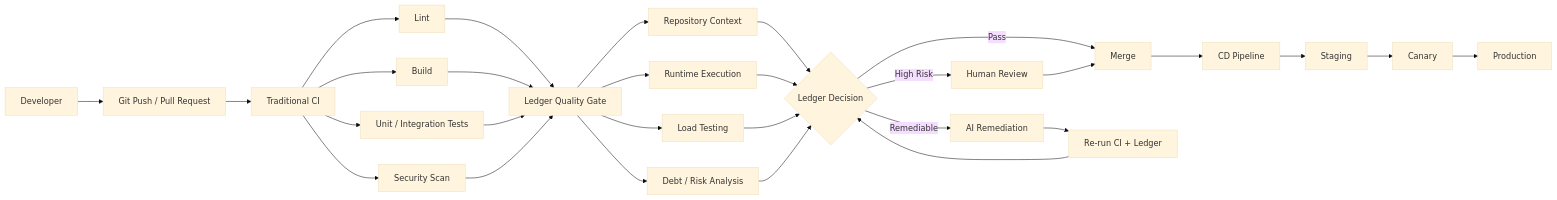
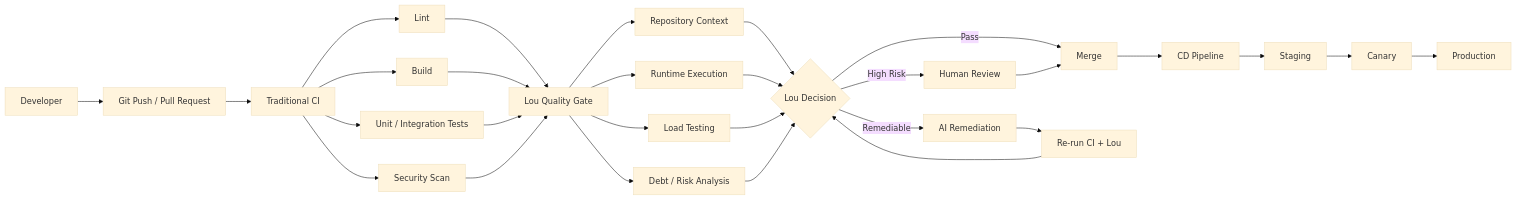
The diagram in docs/project_ledger_mermaid_workflows/docs/workflows/02_CICD_INTEGRATION.md (peterphitran/hackrice26), drawn with Mermaid (base theme) before and after one commit. The commit also changed other lines of this file and 14 other files, not shown here.

Commit message:
Expand Lou architecture documentation

````diff
--- a/docs/project_ledger_mermaid_workflows/docs/workflows/02_CICD_INTEGRATION.md
+++ b/docs/project_ledger_mermaid_workflows/docs/workflows/02_CICD_INTEGRATION.md
@@ -3,39 +3,39 @@
 ```mermaid
 flowchart LR
     A[Developer] --> B[Git Push / Pull Request]
 
     B --> C[Traditional CI]
 
     C --> C1[Lint]
     C --> C2[Build]
     C --> C3[Unit / Integration Tests]
     C --> C4[Security Scan]
 
-    C1 --> D[Ledger Quality Gate]
+    C1 --> D[Lou Quality Gate]
     C2 --> D
     C3 --> D
     C4 --> D
 
     D --> D1[Repository Context]
     D --> D2[Runtime Execution]
     D --> D3[Load Testing]
     D --> D4[Debt / Risk Analysis]
 
-    D1 --> E{Ledger Decision}
+    D1 --> E{Lou Decision}
     D2 --> E
     D3 --> E
     D4 --> E
 
     E -->|Pass| F[Merge]
     E -->|Remediable| G[AI Remediation]
     E -->|High Risk| H[Human Review]
 
-    G --> I[Re-run CI + Ledger]
+    G --> I[Re-run CI + Lou]
     I --> E
 
     H --> F
     F --> J[CD Pipeline]
     J --> K[Staging]
     K --> L[Canary]
     L --> M[Production]
 ```
````
